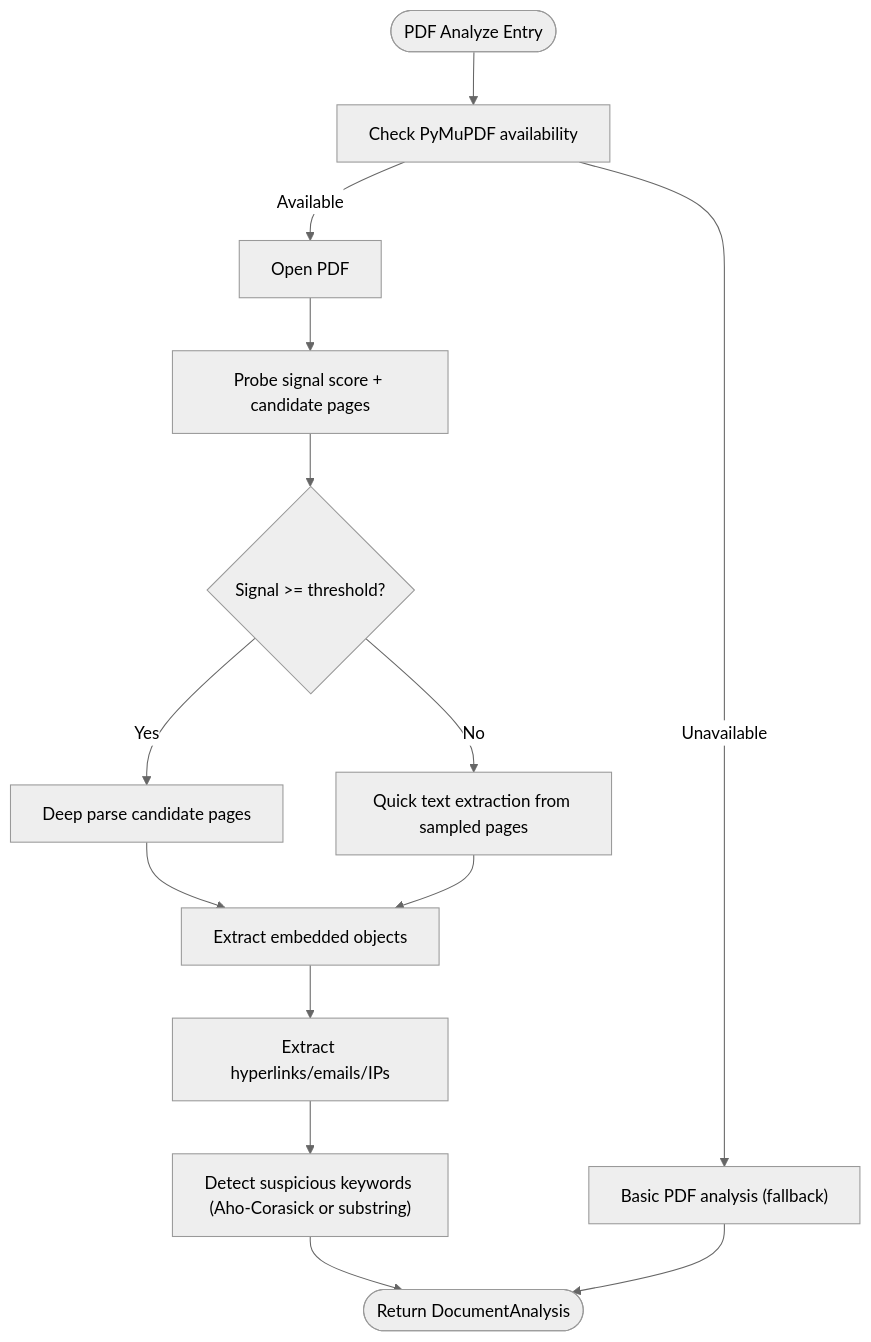
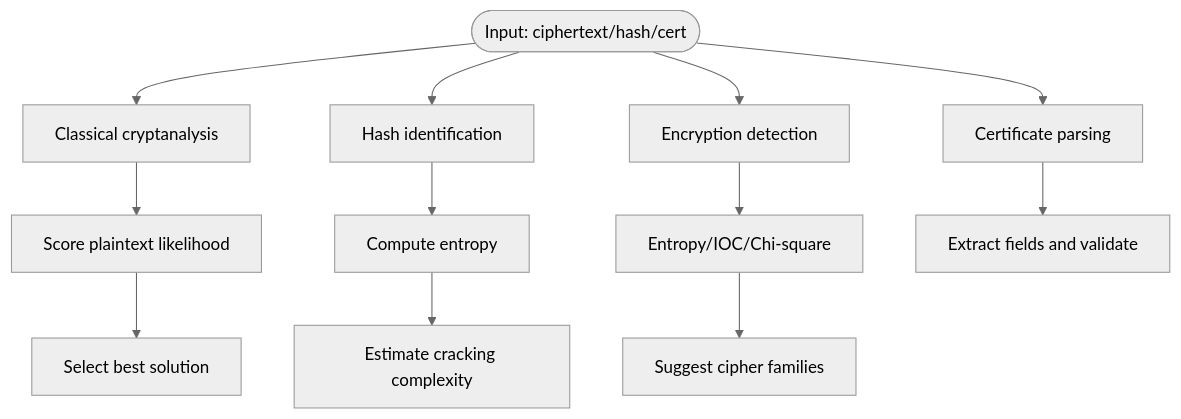
One commit to Hamulda/hledac-universal changed the fourth of 12 diagrams in .qoder/repowiki/en/content/Intelligence Modules/Intelligence Modules.md. Above: the diagram before and after it, drawn with Mermaid (neutral theme). The commit also changed other lines of this file and 236 other files, not shown here.

````diff
--- a/.qoder/repowiki/en/content/Intelligence Modules/Intelligence Modules.md
+++ b/.qoder/repowiki/en/content/Intelligence Modules/Intelligence Modules.md
@@ -224,16 +205,14 @@
 ```mermaid
 flowchart TD
-Start(["PDF Analyze Entry"]) --> CheckLib["Check PyMuPDF availability"]
-CheckLib --> |Available| OpenDoc["Open PDF"]
-CheckLib --> |Unavailable| BasicPDF["Basic PDF analysis (fallback)"]
-OpenDoc --> Probe["Probe signal score + candidate pages"]
-Probe --> Signal{"Signal >= threshold?"}
-Signal --> |Yes| DeepParse["Deep parse candidate pages"]
-Signal --> |No| QuickText["Quick text extraction from sampled pages"]
-DeepParse --> ExtractObjects["Extract embedded objects"]
-QuickText --> ExtractObjects
-ExtractObjects --> ExtractLinks["Extract hyperlinks/emails/IPs"]
-ExtractLinks --> Suspicious["Detect suspicious keywords (Aho-Corasick or substring)"]
-Suspicious --> Return(["Return DocumentAnalysis"])
-BasicPDF --> Return
+Start(["Input: ciphertext/hash/cert"]) --> ClassCheck["Classical cryptanalysis"]
+Start --> HashCheck["Hash identification"]
+Start --> EncCheck["Encryption detection"]
+Start --> CertCheck["Certificate parsing"]
+ClassCheck --> Score["Score plaintext likelihood"]
+Score --> Best["Select best solution"]
+HashCheck --> Entropy["Compute entropy"]
+Entropy --> Complexity["Estimate cracking complexity"]
+EncCheck --> Stats["Entropy/IOC/Chi-square"]
+Stats --> Cipher["Suggest cipher families"]
+CertCheck --> Fields["Extract fields and validate"]
 ```
````
